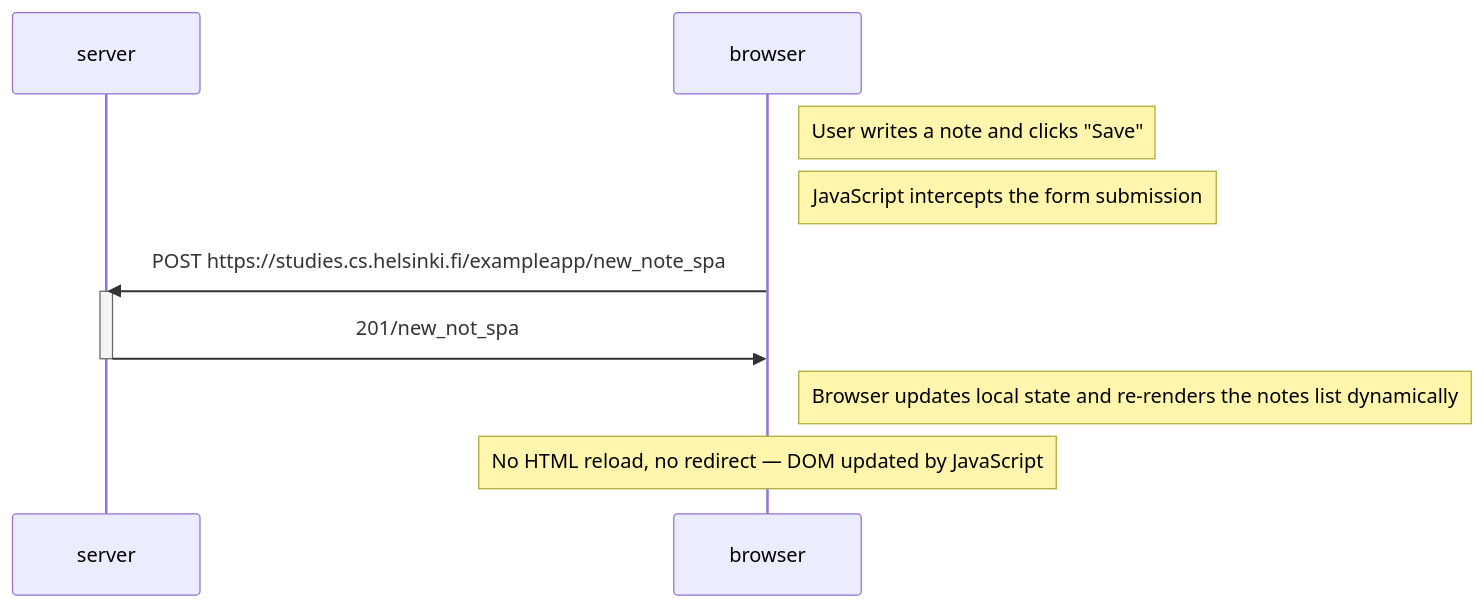
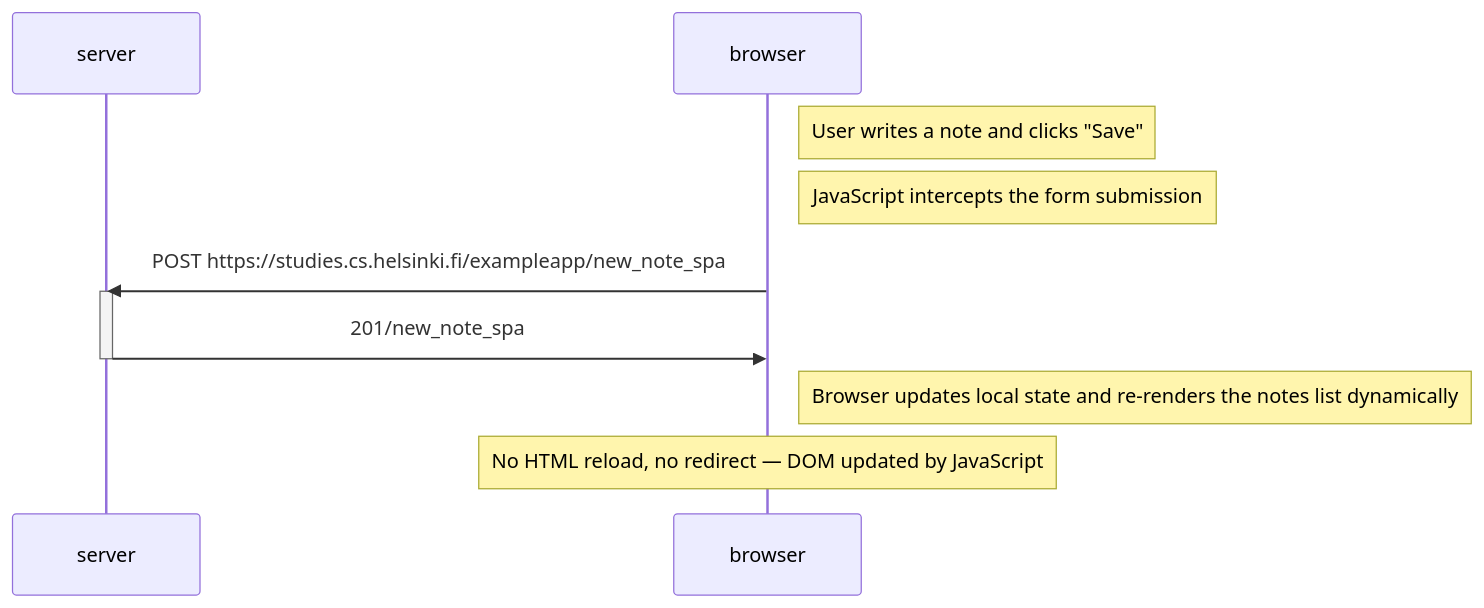
Before and after one commit to grizz-bot92/fso_part0: the diagram in new_spa.md, drawn with Mermaid. The commit also changed 1 other file, not shown here.

Commit message:
typo fixes

````diff
--- a/new_spa.md
+++ b/new_spa.md
@@ -1,20 +1,20 @@
 ```mermaid
 
 sequenceDiagram
     participant server
     participant browser
 
     Note right of browser: User writes a note and clicks "Save"
 
     Note right of browser: JavaScript intercepts the form submission
 
     browser->>server: POST https://studies.cs.helsinki.fi/exampleapp/new_note_spa
     activate server
-    server->> browser: 201/new_not_spa
+    server->> browser: 201/new_note_spa
     deactivate server
 
     Note right of browser: Browser updates local state and re-renders the notes list dynamically
 
     Note over browser: No HTML reload, no redirect — DOM updated by JavaScript
 
 ```
````
